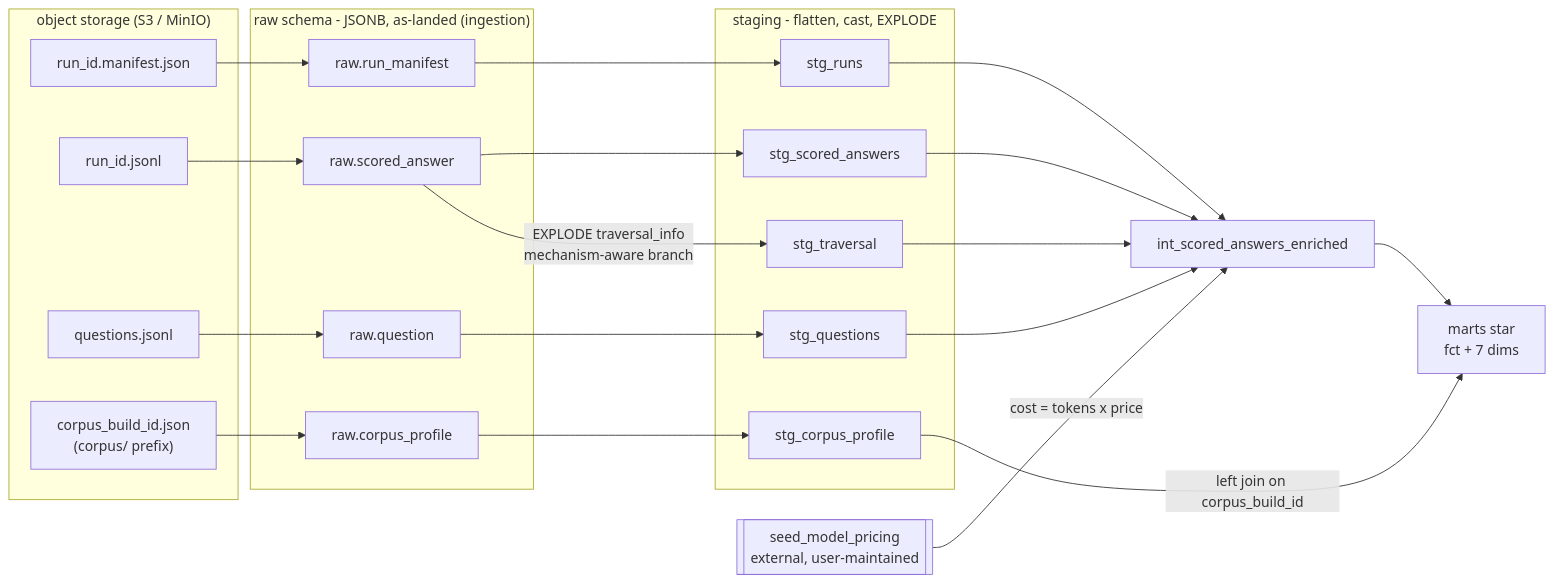
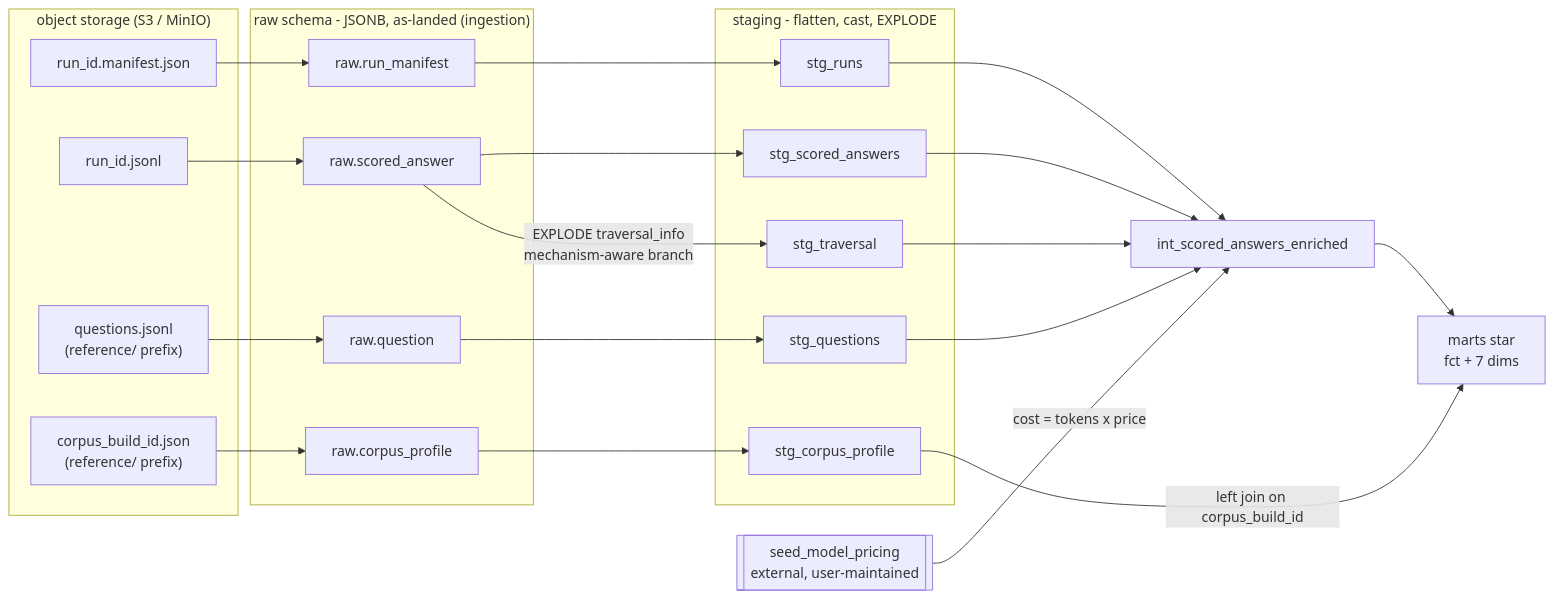
One commit to joseph-higaki/rag-bench-analytics changed the fourth of 4 diagrams in README.md. Above: the diagram before and after it, drawn with Mermaid. The commit also changed other lines of this file and 200 other files, not shown here.

````diff
--- a/README.md
+++ b/README.md
@@ -386,48 +386,48 @@
 ```mermaid
 flowchart LR
     subgraph S3["object storage (S3 / MinIO)"]
         f1["run_id.manifest.json"]
         f2["run_id.jsonl"]
-        f3["questions.jsonl"]
-        f4["corpus_build_id.json<br/>(corpus/ prefix)"]
+        f3["questions.jsonl<br/>(reference/ prefix)"]
+        f4["corpus_build_id.json<br/>(reference/ prefix)"]
     end
 
     subgraph RAW["raw schema - JSONB, as-landed (ingestion)"]
         r1[raw.run_manifest]
         r2[raw.scored_answer]
         r3[raw.question]
         r4[raw.corpus_profile]
     end
 
     subgraph STG["staging - flatten, cast, EXPLODE"]
         s1[stg_runs]
         s2[stg_scored_answers]
         s3[stg_traversal]
         s4[stg_questions]
         s5[stg_corpus_profile]
     end
 
     SEED[["seed_model_pricing<br/>external, user-maintained"]]
     INT[int_scored_answers_enriched]
     M["marts star<br/>fct + 7 dims"]
 
     f1 --> r1
     f2 --> r2
     f3 --> r3
     f4 --> r4
 
     r1 --> s1
     r2 --> s2
     r2 -->|"EXPLODE traversal_info<br/>mechanism-aware branch"| s3
     r3 --> s4
     r4 --> s5
 
     s1 --> INT
     s2 --> INT
     s3 --> INT
     s4 --> INT
     SEED -->|"cost = tokens x price"| INT
 
     INT --> M
     s5 -->|"left join on corpus_build_id"| M
 ```
````
